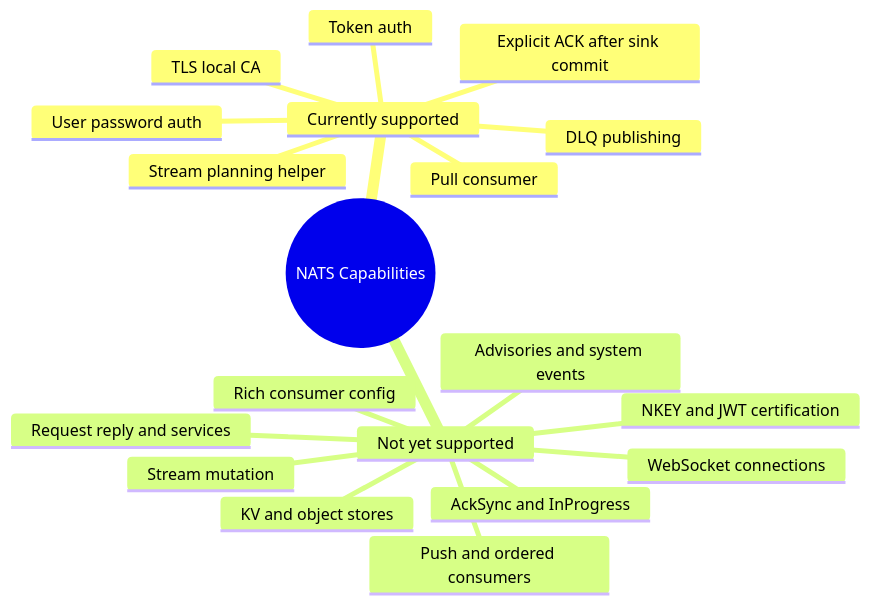
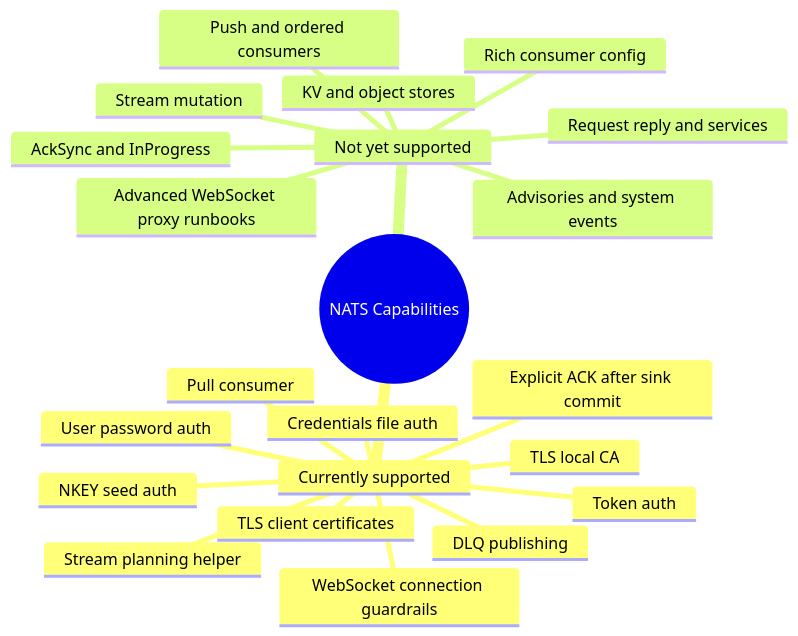
One commit to ProjectCuillin/nats-sinks changed the diagram in docs/nats-feature-gap-analysis.md. Above: the diagram before and after it, drawn with Mermaid. The commit also changed other lines of this file and 21 other files, not shown here.

````diff
--- a/docs/nats-feature-gap-analysis.md
+++ b/docs/nats-feature-gap-analysis.md
@@ -44,22 +45,25 @@
 ```mermaid
 mindmap
   root((NATS Capabilities))
     Currently supported
       Pull consumer
       Explicit ACK after sink commit
       Token auth
       User password auth
       TLS local CA
+      Credentials file auth
+      NKEY seed auth
+      TLS client certificates
+      WebSocket connection guardrails
       DLQ publishing
       Stream planning helper
     Not yet supported
       Rich consumer config
       Stream mutation
       Push and ordered consumers
       AckSync and InProgress
-      NKEY and JWT certification
-      WebSocket connections
+      Advanced WebSocket proxy runbooks
       KV and object stores
       Request reply and services
       Advisories and system events
 ```
````
